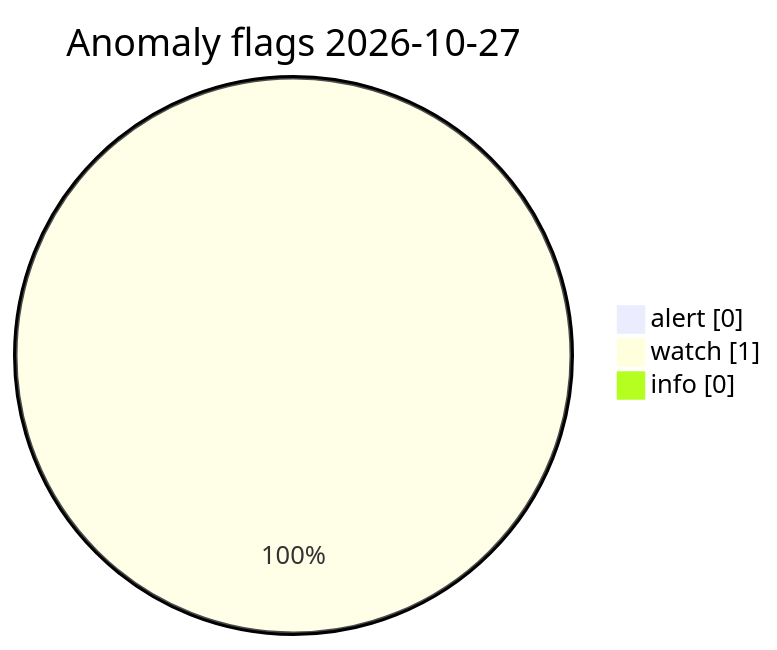
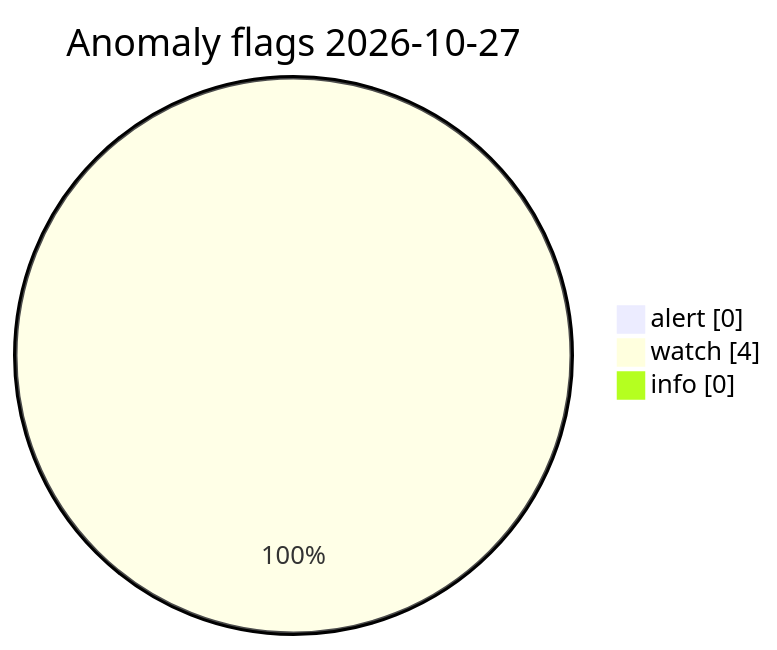
One commit to Midwest-Stratospheric/Unified-Open-Global-Weather changed the diagram in visuals/latest/CHARTS.md. Above: the diagram before and after it, drawn with Mermaid. The commit also changed other lines of this file and 13 other files, not shown here.

Commit message:
data(visuals): automated charts 2026-10-27T15:29Z

````diff
--- a/visuals/latest/CHARTS.md
+++ b/visuals/latest/CHARTS.md
@@ -73,7 +73,7 @@
 ```mermaid
 pie showData
   title Anomaly flags 2026-10-27
   "alert" : 0
-  "watch" : 1
+  "watch" : 4
   "info" : 0
 ```
````
